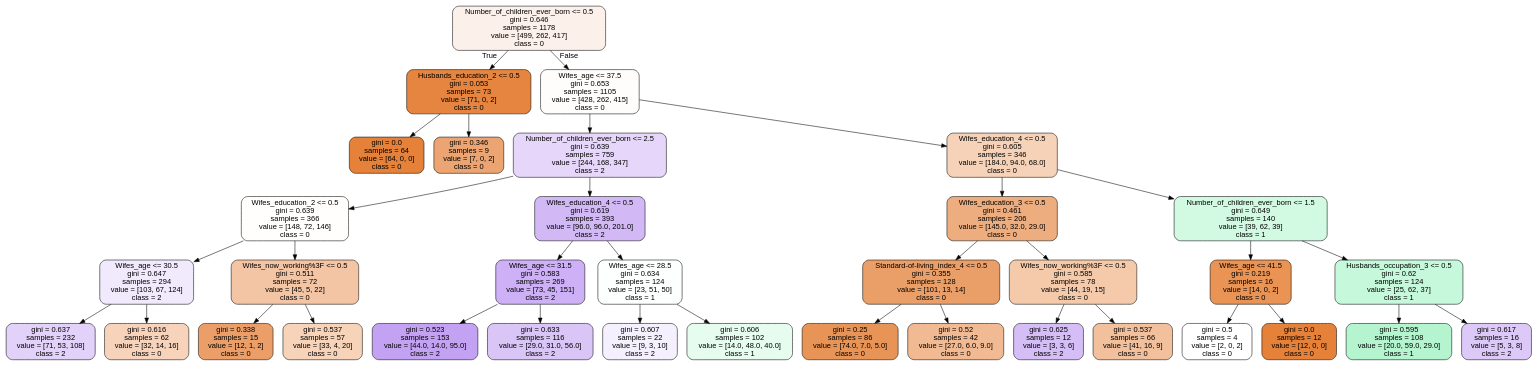
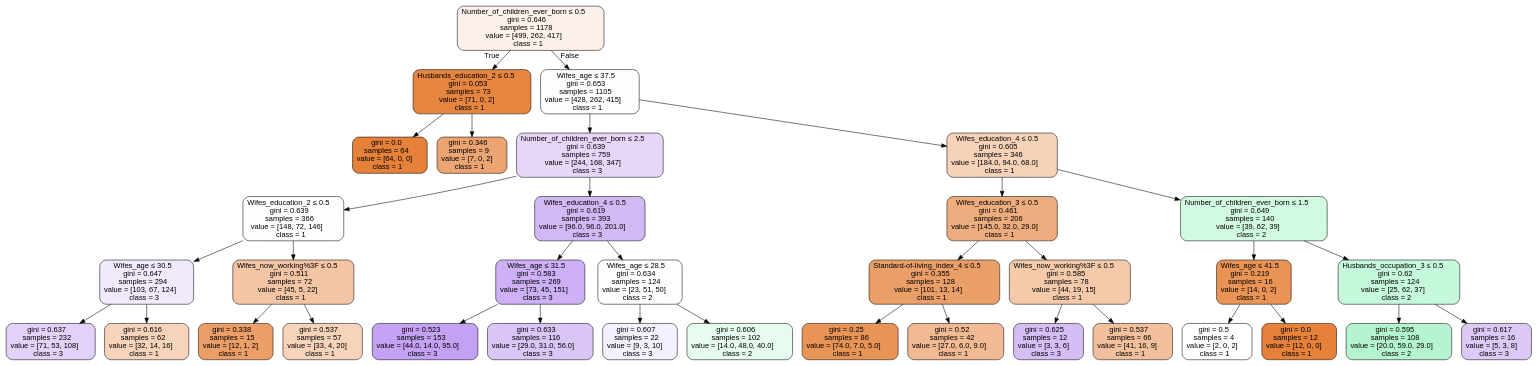
One commit to IDM4s-2025/TC2034-final-team8 changed the diagram in images/decision_trees/best_tree.dot. Above: the diagram before and after it, drawn with Graphviz. The commit also changed 1 other file, not shown here.

Commit message:
Small change in export_graphviz

```diff
--- a/images/decision_trees/best_tree.dot
+++ b/images/decision_trees/best_tree.dot
@@ -1,73 +1,73 @@
 digraph Tree {
 node [shape=box, style="filled, rounded", color="black", fontname="helvetica"] ;
 edge [fontname="helvetica"] ;
-0 [label="Number_of_children_ever_born <= 0.5\ngini = 0.646\nsamples = 1178\nvalue = [499, 262, 417]\nclass = 0", fillcolor="#fcf1ea"] ;
-1 [label="Husbands_education_2 <= 0.5\ngini = 0.053\nsamples = 73\nvalue = [71, 0, 2]\nclass = 0", fillcolor="#e6853f"] ;
+0 [label=<Number_of_children_ever_born &le; 0.5<br/>gini = 0.646<br/>samples = 1178<br/>value = [499, 262, 417]<br/>class = 1>, fillcolor="#fcf1ea"] ;
+1 [label=<Husbands_education_2 &le; 0.5<br/>gini = 0.053<br/>samples = 73<br/>value = [71, 0, 2]<br/>class = 1>, fillcolor="#e6853f"] ;
 0 -> 1 [labeldistance=2.5, labelangle=45, headlabel="True"] ;
-2 [label="gini = 0.0\nsamples = 64\nvalue = [64, 0, 0]\nclass = 0", fillcolor="#e58139"] ;
+2 [label=<gini = 0.0<br/>samples = 64<br/>value = [64, 0, 0]<br/>class = 1>, fillcolor="#e58139"] ;
 1 -> 2 ;
-3 [label="gini = 0.346\nsamples = 9\nvalue = [7, 0, 2]\nclass = 0", fillcolor="#eca572"] ;
+3 [label=<gini = 0.346<br/>samples = 9<br/>value = [7, 0, 2]<br/>class = 1>, fillcolor="#eca572"] ;
 1 -> 3 ;
-4 [label="Wifes_age <= 37.5\ngini = 0.653\nsamples = 1105\nvalue = [428, 262, 415]\nclass = 0", fillcolor="#fffdfb"] ;
+4 [label=<Wifes_age &le; 37.5<br/>gini = 0.653<br/>samples = 1105<br/>value = [428, 262, 415]<br/>class = 1>, fillcolor="#fffdfb"] ;
 0 -> 4 [labeldistance=2.5, labelangle=-45, headlabel="False"] ;
-5 [label="Number_of_children_ever_born <= 2.5\ngini = 0.639\nsamples = 759\nvalue = [244, 168, 347]\nclass = 2", fillcolor="#e6d7fa"] ;
+5 [label=<Number_of_children_ever_born &le; 2.5<br/>gini = 0.639<br/>samples = 759<br/>value = [244, 168, 347]<br/>class = 3>, fillcolor="#e6d7fa"] ;
 4 -> 5 ;
-6 [label="Wifes_education_2 <= 0.5\ngini = 0.639\nsamples = 366\nvalue = [148, 72, 146]\nclass = 0", fillcolor="#fffefd"] ;
+6 [label=<Wifes_education_2 &le; 0.5<br/>gini = 0.639<br/>samples = 366<br/>value = [148, 72, 146]<br/>class = 1>, fillcolor="#fffefd"] ;
 5 -> 6 ;
-7 [label="Wifes_age <= 30.5\ngini = 0.647\nsamples = 294\nvalue = [103, 67, 124]\nclass = 2", fillcolor="#f1e9fc"] ;
+7 [label=<Wifes_age &le; 30.5<br/>gini = 0.647<br/>samples = 294<br/>value = [103, 67, 124]<br/>class = 3>, fillcolor="#f1e9fc"] ;
 6 -> 7 ;
-8 [label="gini = 0.637\nsamples = 232\nvalue = [71, 53, 108]\nclass = 2", fillcolor="#e2d1f9"] ;
+8 [label=<gini = 0.637<br/>samples = 232<br/>value = [71, 53, 108]<br/>class = 3>, fillcolor="#e2d1f9"] ;
 7 -> 8 ;
-9 [label="gini = 0.616\nsamples = 62\nvalue = [32, 14, 16]\nclass = 0", fillcolor="#f6d3ba"] ;
+9 [label=<gini = 0.616<br/>samples = 62<br/>value = [32, 14, 16]<br/>class = 1>, fillcolor="#f6d3ba"] ;
 7 -> 9 ;
-10 [label="Wifes_now_working%3F <= 0.5\ngini = 0.511\nsamples = 72\nvalue = [45, 5, 22]\nclass = 0", fillcolor="#f3c5a4"] ;
+10 [label=<Wifes_now_working%3F &le; 0.5<br/>gini = 0.511<br/>samples = 72<br/>value = [45, 5, 22]<br/>class = 1>, fillcolor="#f3c5a4"] ;
 6 -> 10 ;
-11 [label="gini = 0.338\nsamples = 15\nvalue = [12, 1, 2]\nclass = 0", fillcolor="#eb9e67"] ;
+11 [label=<gini = 0.338<br/>samples = 15<br/>value = [12, 1, 2]<br/>class = 1>, fillcolor="#eb9e67"] ;
 10 -> 11 ;
-12 [label="gini = 0.537\nsamples = 57\nvalue = [33, 4, 20]\nclass = 0", fillcolor="#f6d3b9"] ;
+12 [label=<gini = 0.537<br/>samples = 57<br/>value = [33, 4, 20]<br/>class = 1>, fillcolor="#f6d3b9"] ;
 10 -> 12 ;
-13 [label="Wifes_education_4 <= 0.5\ngini = 0.619\nsamples = 393\nvalue = [96.0, 96.0, 201.0]\nclass = 2", fillcolor="#d2b9f6"] ;
+13 [label=<Wifes_education_4 &le; 0.5<br/>gini = 0.619<br/>samples = 393<br/>value = [96.0, 96.0, 201.0]<br/>class = 3>, fillcolor="#d2b9f6"] ;
 5 -> 13 ;
-14 [label="Wifes_age <= 31.5\ngini = 0.583\nsamples = 269\nvalue = [73, 45, 151]\nclass = 2", fillcolor="#cdb0f5"] ;
+14 [label=<Wifes_age &le; 31.5<br/>gini = 0.583<br/>samples = 269<br/>value = [73, 45, 151]<br/>class = 3>, fillcolor="#cdb0f5"] ;
 13 -> 14 ;
-15 [label="gini = 0.523\nsamples = 153\nvalue = [44.0, 14.0, 95.0]\nclass = 2", fillcolor="#c4a2f3"] ;
+15 [label=<gini = 0.523<br/>samples = 153<br/>value = [44.0, 14.0, 95.0]<br/>class = 3>, fillcolor="#c4a2f3"] ;
 14 -> 15 ;
-16 [label="gini = 0.633\nsamples = 116\nvalue = [29.0, 31.0, 56.0]\nclass = 2", fillcolor="#dac5f7"] ;
+16 [label=<gini = 0.633<br/>samples = 116<br/>value = [29.0, 31.0, 56.0]<br/>class = 3>, fillcolor="#dac5f7"] ;
 14 -> 16 ;
-17 [label="Wifes_age <= 28.5\ngini = 0.634\nsamples = 124\nvalue = [23, 51, 50]\nclass = 1", fillcolor="#fcfffd"] ;
+17 [label=<Wifes_age &le; 28.5<br/>gini = 0.634<br/>samples = 124<br/>value = [23, 51, 50]<br/>class = 2>, fillcolor="#fcfffd"] ;
 13 -> 17 ;
-18 [label="gini = 0.607\nsamples = 22\nvalue = [9, 3, 10]\nclass = 2", fillcolor="#f5f0fd"] ;
+18 [label=<gini = 0.607<br/>samples = 22<br/>value = [9, 3, 10]<br/>class = 3>, fillcolor="#f5f0fd"] ;
 17 -> 18 ;
-19 [label="gini = 0.606\nsamples = 102\nvalue = [14.0, 48.0, 40.0]\nclass = 1", fillcolor="#e5fcef"] ;
+19 [label=<gini = 0.606<br/>samples = 102<br/>value = [14.0, 48.0, 40.0]<br/>class = 2>, fillcolor="#e5fcef"] ;
 17 -> 19 ;
-20 [label="Wifes_education_4 <= 0.5\ngini = 0.605\nsamples = 346\nvalue = [184.0, 94.0, 68.0]\nclass = 0", fillcolor="#f6d2b8"] ;
+20 [label=<Wifes_education_4 &le; 0.5<br/>gini = 0.605<br/>samples = 346<br/>value = [184.0, 94.0, 68.0]<br/>class = 1>, fillcolor="#f6d2b8"] ;
 4 -> 20 ;
-21 [label="Wifes_education_3 <= 0.5\ngini = 0.461\nsamples = 206\nvalue = [145.0, 32.0, 29.0]\nclass = 0", fillcolor="#eead7e"] ;
+21 [label=<Wifes_education_3 &le; 0.5<br/>gini = 0.461<br/>samples = 206<br/>value = [145.0, 32.0, 29.0]<br/>class = 1>, fillcolor="#eead7e"] ;
 20 -> 21 ;
-22 [label="Standard-of-living_index_4 <= 0.5\ngini = 0.355\nsamples = 128\nvalue = [101, 13, 14]\nclass = 0", fillcolor="#eb9f68"] ;
+22 [label=<Standard-of-living_index_4 &le; 0.5<br/>gini = 0.355<br/>samples = 128<br/>value = [101, 13, 14]<br/>class = 1>, fillcolor="#eb9f68"] ;
 21 -> 22 ;
-23 [label="gini = 0.25\nsamples = 86\nvalue = [74.0, 7.0, 5.0]\nclass = 0", fillcolor="#e99457"] ;
+23 [label=<gini = 0.25<br/>samples = 86<br/>value = [74.0, 7.0, 5.0]<br/>class = 1>, fillcolor="#e99457"] ;
 22 -> 23 ;
-24 [label="gini = 0.52\nsamples = 42\nvalue = [27.0, 6.0, 9.0]\nclass = 0", fillcolor="#f1ba93"] ;
+24 [label=<gini = 0.52<br/>samples = 42<br/>value = [27.0, 6.0, 9.0]<br/>class = 1>, fillcolor="#f1ba93"] ;
 22 -> 24 ;
-25 [label="Wifes_now_working%3F <= 0.5\ngini = 0.585\nsamples = 78\nvalue = [44, 19, 15]\nclass = 0", fillcolor="#f4caab"] ;
+25 [label=<Wifes_now_working%3F &le; 0.5<br/>gini = 0.585<br/>samples = 78<br/>value = [44, 19, 15]<br/>class = 1>, fillcolor="#f4caab"] ;
 21 -> 25 ;
-26 [label="gini = 0.625\nsamples = 12\nvalue = [3, 3, 6]\nclass = 2", fillcolor="#d5bdf6"] ;
+26 [label=<gini = 0.625<br/>samples = 12<br/>value = [3, 3, 6]<br/>class = 3>, fillcolor="#d5bdf6"] ;
 25 -> 26 ;
-27 [label="gini = 0.537\nsamples = 66\nvalue = [41, 16, 9]\nclass = 0", fillcolor="#f2c09c"] ;
+27 [label=<gini = 0.537<br/>samples = 66<br/>value = [41, 16, 9]<br/>class = 1>, fillcolor="#f2c09c"] ;
 25 -> 27 ;
-28 [label="Number_of_children_ever_born <= 1.5\ngini = 0.649\nsamples = 140\nvalue = [39, 62, 39]\nclass = 1", fillcolor="#d2f9e2"] ;
+28 [label=<Number_of_children_ever_born &le; 1.5<br/>gini = 0.649<br/>samples = 140<br/>value = [39, 62, 39]<br/>class = 2>, fillcolor="#d2f9e2"] ;
 20 -> 28 ;
-29 [label="Wifes_age <= 41.5\ngini = 0.219\nsamples = 16\nvalue = [14, 0, 2]\nclass = 0", fillcolor="#e99355"] ;
+29 [label=<Wifes_age &le; 41.5<br/>gini = 0.219<br/>samples = 16<br/>value = [14, 0, 2]<br/>class = 1>, fillcolor="#e99355"] ;
 28 -> 29 ;
-30 [label="gini = 0.5\nsamples = 4\nvalue = [2, 0, 2]\nclass = 0", fillcolor="#ffffff"] ;
+30 [label=<gini = 0.5<br/>samples = 4<br/>value = [2, 0, 2]<br/>class = 1>, fillcolor="#ffffff"] ;
 29 -> 30 ;
-31 [label="gini = 0.0\nsamples = 12\nvalue = [12, 0, 0]\nclass = 0", fillcolor="#e58139"] ;
+31 [label=<gini = 0.0<br/>samples = 12<br/>value = [12, 0, 0]<br/>class = 1>, fillcolor="#e58139"] ;
 29 -> 31 ;
-32 [label="Husbands_occupation_3 <= 0.5\ngini = 0.62\nsamples = 124\nvalue = [25, 62, 37]\nclass = 1", fillcolor="#c6f8db"] ;
+32 [label=<Husbands_occupation_3 &le; 0.5<br/>gini = 0.62<br/>samples = 124<br/>value = [25, 62, 37]<br/>class = 2>, fillcolor="#c6f8db"] ;
 28 -> 32 ;
-33 [label="gini = 0.595\nsamples = 108\nvalue = [20.0, 59.0, 29.0]\nclass = 1", fillcolor="#b4f5cf"] ;
+33 [label=<gini = 0.595<br/>samples = 108<br/>value = [20.0, 59.0, 29.0]<br/>class = 2>, fillcolor="#b4f5cf"] ;
 32 -> 33 ;
-34 [label="gini = 0.617\nsamples = 16\nvalue = [5, 3, 8]\nclass = 2", fillcolor="#ddc9f8"] ;
+34 [label=<gini = 0.617<br/>samples = 16<br/>value = [5, 3, 8]<br/>class = 3>, fillcolor="#ddc9f8"] ;
 32 -> 34 ;
 }
```
